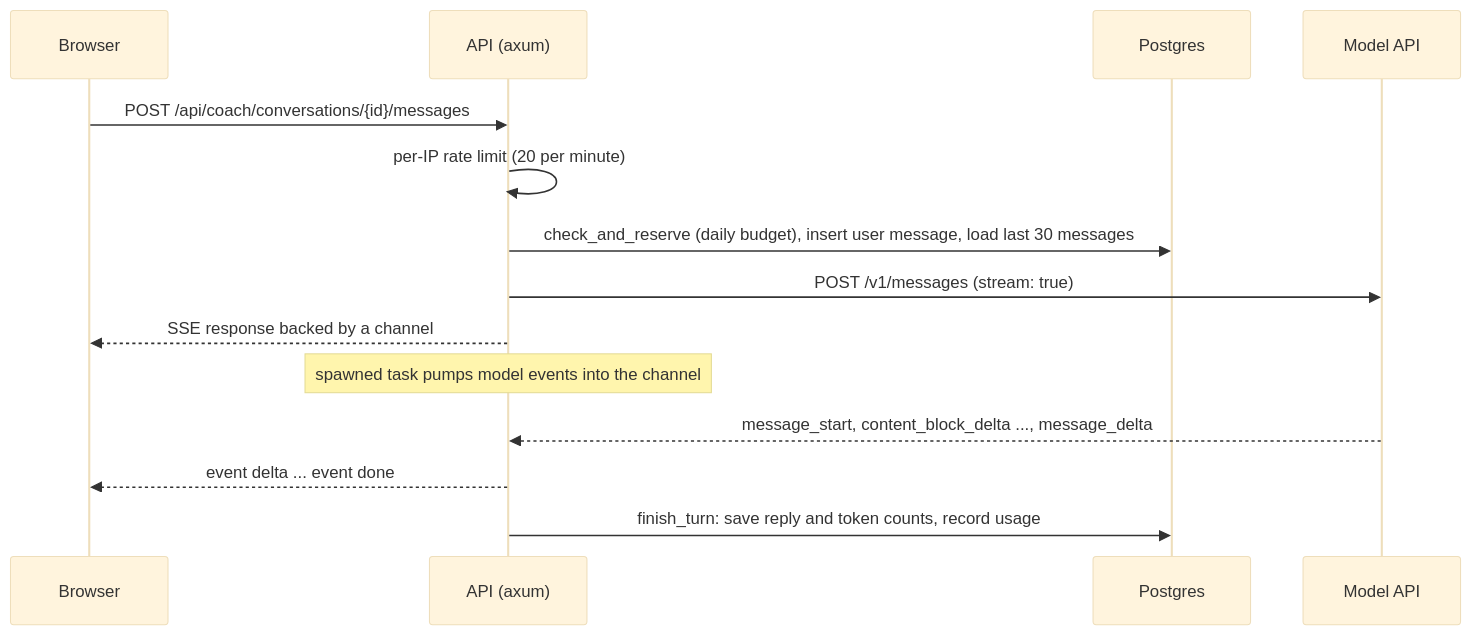
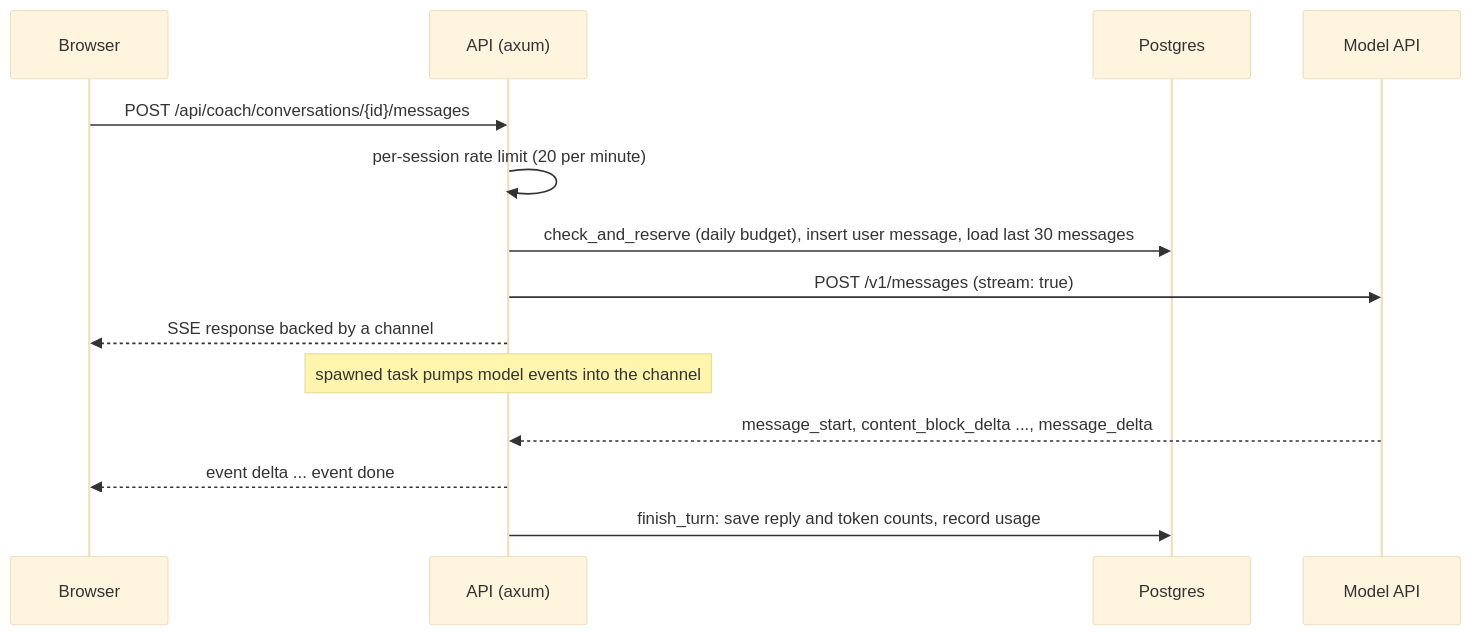
The diagram in content/tracks/11-ai-and-llms/03-building-with-llms/07-llm-system-design.md (thull32/ascend), drawn with Mermaid (base theme) before and after one commit. The commit also changed other lines of this file and 22 other files, not shown here.

````diff
--- a/content/tracks/11-ai-and-llms/03-building-with-llms/07-llm-system-design.md
+++ b/content/tracks/11-ai-and-llms/03-building-with-llms/07-llm-system-design.md
@@ -39,16 +39,16 @@
 ```mermaid
 sequenceDiagram
   participant B as Browser
   participant A as API (axum)
   participant D as Postgres
   participant M as Model API
   B->>A: POST /api/coach/conversations/{id}/messages
-  A->>A: per-IP rate limit (20 per minute)
+  A->>A: per-session rate limit (20 per minute)
   A->>D: check_and_reserve (daily budget), insert user message, load last 30 messages
   A->>M: POST /v1/messages (stream: true)
   A-->>B: SSE response backed by a channel
   Note over A: spawned task pumps model events into the channel
   M-->>A: message_start, content_block_delta ..., message_delta
   A-->>B: event delta ... event done
   A->>D: finish_turn: save reply and token counts, record usage
 ```
````
